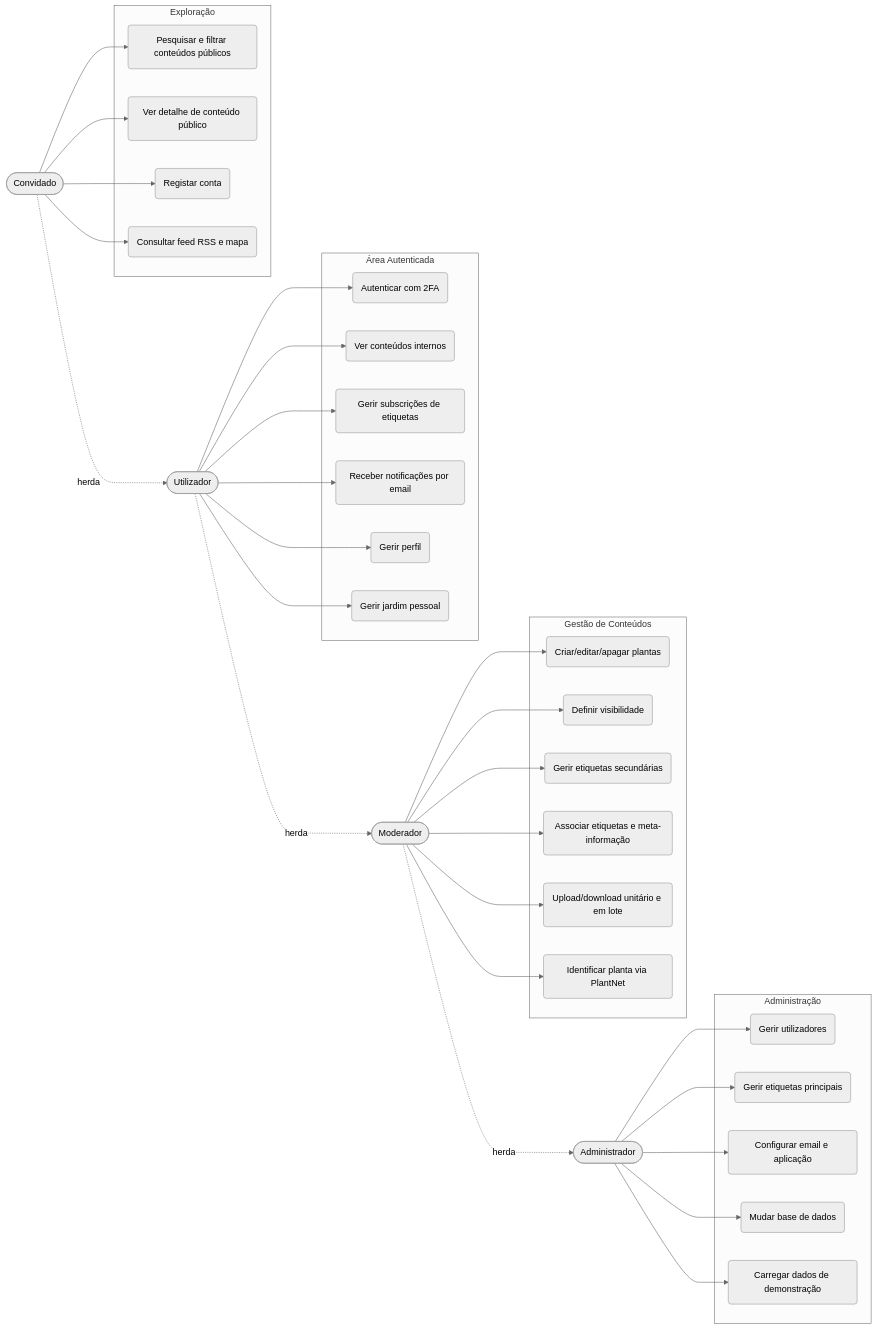
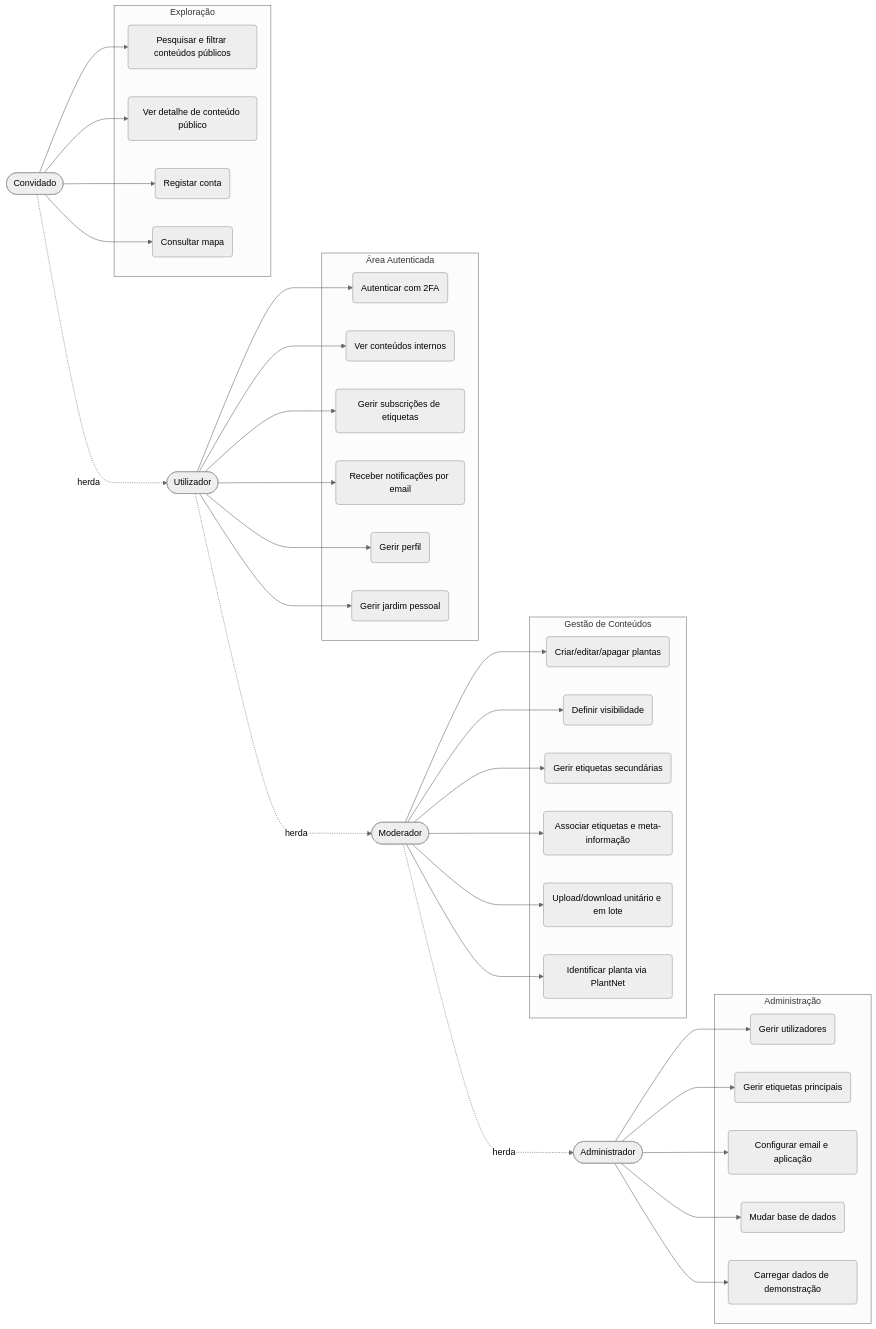
The first of 3 diagrams in docs/fase-3.md (andre0xFF/ISEL-LEIM-SMI), drawn with Mermaid (neutral theme) before and after one commit. The commit also changed other lines of this file and 6 other files, not shown here.

````diff
--- a/docs/fase-3.md
+++ b/docs/fase-3.md
@@ -108,69 +107,69 @@
 ```mermaid
 graph LR
     Convidado([Convidado])
     Utilizador([Utilizador])
     Moderador([Moderador])
     Administrador([Administrador])
 
     Convidado -.herda.-> Utilizador
     Utilizador -.herda.-> Moderador
     Moderador -.herda.-> Administrador
 
     subgraph Exploração
         UC1(Pesquisar e filtrar conteúdos públicos)
         UC2(Ver detalhe de conteúdo público)
         UC3(Registar conta)
-        UC4(Consultar feed RSS e mapa)
+        UC4(Consultar mapa)
     end
 
     subgraph Área Autenticada
         UC5(Autenticar com 2FA)
         UC6(Ver conteúdos internos)
         UC7(Gerir subscrições de etiquetas)
         UC8(Receber notificações por email)
         UC9(Gerir perfil)
         UC10(Gerir jardim pessoal)
     end
 
     subgraph Gestão de Conteúdos
         UC11(Criar/editar/apagar plantas)
         UC12(Definir visibilidade)
         UC13(Gerir etiquetas secundárias)
         UC14(Associar etiquetas e meta-informação)
         UC15(Upload/download unitário e em lote)
         UC16(Identificar planta via PlantNet)
     end
 
     subgraph Administração
         UC17(Gerir utilizadores)
         UC18(Gerir etiquetas principais)
         UC19(Configurar email e aplicação)
         UC20(Mudar base de dados)
         UC21(Carregar dados de demonstração)
     end
 
     Convidado --> UC1
     Convidado --> UC2
     Convidado --> UC3
     Convidado --> UC4
 
     Utilizador --> UC5
     Utilizador --> UC6
     Utilizador --> UC7
     Utilizador --> UC8
     Utilizador --> UC9
     Utilizador --> UC10
 
     Moderador --> UC11
     Moderador --> UC12
     Moderador --> UC13
     Moderador --> UC14
     Moderador --> UC15
     Moderador --> UC16
 
     Administrador --> UC17
     Administrador --> UC18
     Administrador --> UC19
     Administrador --> UC20
     Administrador --> UC21
 ```
````
